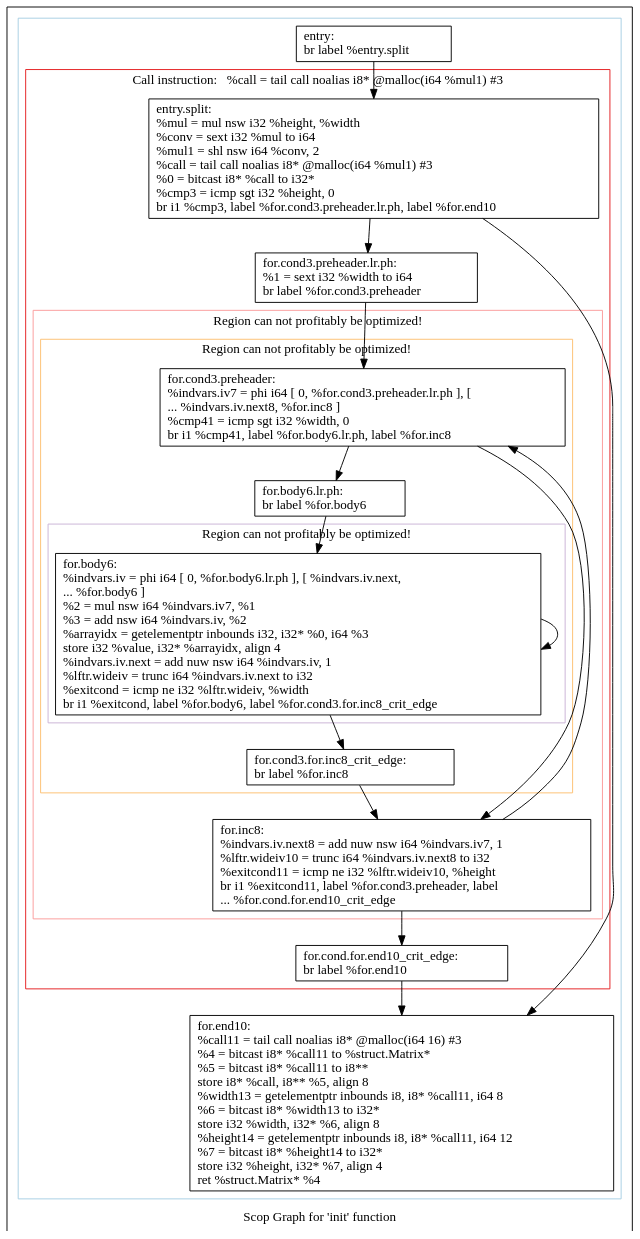
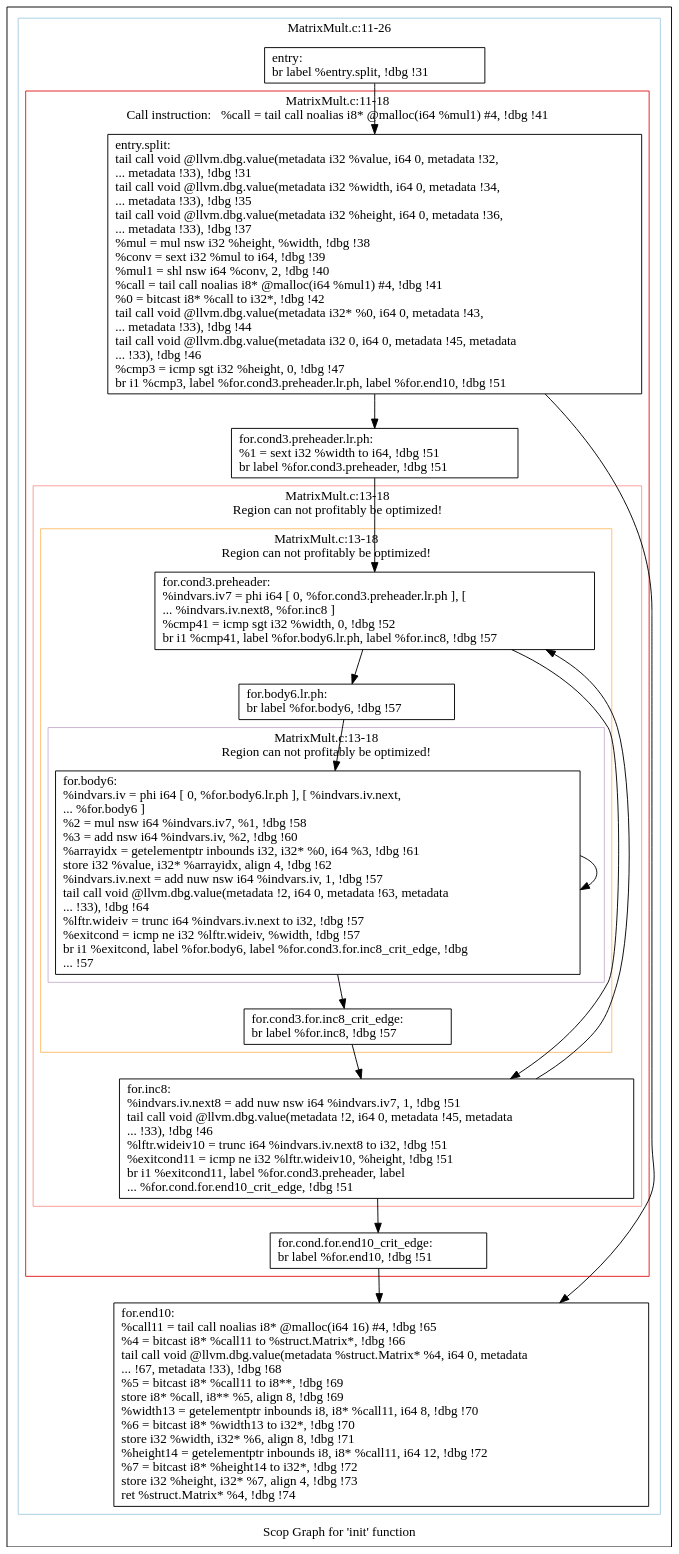
One commit to samminweng/WhileyOpenCL changed the diagram in polly/MatrixMult/impl/handwritten2/dot/scops.init.dot. Above: the diagram before and after it, drawn with Graphviz. The commit also changed 63 other files, not shown here.

```diff
--- a/polly/MatrixMult/impl/handwritten2/dot/scops.init.dot
+++ b/polly/MatrixMult/impl/handwritten2/dot/scops.init.dot
@@ -1,63 +1,68 @@
 digraph "Scop Graph for 'init' function" {
 	label="Scop Graph for 'init' function";
 
-	Node0x506bd10 [shape=record,label="{entry:\l  br label %entry.split\l}"];
-	Node0x506bd10 -> Node0x506b8f0;
-	Node0x506b8f0 [shape=record,label="{entry.split:                                      \l  %mul = mul nsw i32 %height, %width\l  %conv = sext i32 %mul to i64\l  %mul1 = shl nsw i64 %conv, 2\l  %call = tail call noalias i8* @malloc(i64 %mul1) #3\l  %0 = bitcast i8* %call to i32*\l  %cmp3 = icmp sgt i32 %height, 0\l  br i1 %cmp3, label %for.cond3.preheader.lr.ph, label %for.end10\l}"];
-	Node0x506b8f0 -> Node0x507a780;
-	Node0x506b8f0 -> Node0x506c560;
-	Node0x507a780 [shape=record,label="{for.cond3.preheader.lr.ph:                        \l  %1 = sext i32 %width to i64\l  br label %for.cond3.preheader\l}"];
-	Node0x507a780 -> Node0x506bd90;
-	Node0x506bd90 [shape=record,label="{for.cond3.preheader:                              \l  %indvars.iv7 = phi i64 [ 0, %for.cond3.preheader.lr.ph ], [\l... %indvars.iv.next8, %for.inc8 ]\l  %cmp41 = icmp sgt i32 %width, 0\l  br i1 %cmp41, label %for.body6.lr.ph, label %for.inc8\l}"];
-	Node0x506bd90 -> Node0x506c580;
-	Node0x506bd90 -> Node0x507a8c0;
-	Node0x506c580 [shape=record,label="{for.body6.lr.ph:                                  \l  br label %for.body6\l}"];
-	Node0x506c580 -> Node0x507a7f0;
-	Node0x507a7f0 [shape=record,label="{for.body6:                                        \l  %indvars.iv = phi i64 [ 0, %for.body6.lr.ph ], [ %indvars.iv.next,\l... %for.body6 ]\l  %2 = mul nsw i64 %indvars.iv7, %1\l  %3 = add nsw i64 %indvars.iv, %2\l  %arrayidx = getelementptr inbounds i32, i32* %0, i64 %3\l  store i32 %value, i32* %arrayidx, align 4\l  %indvars.iv.next = add nuw nsw i64 %indvars.iv, 1\l  %lftr.wideiv = trunc i64 %indvars.iv.next to i32\l  %exitcond = icmp ne i32 %lftr.wideiv, %width\l  br i1 %exitcond, label %for.body6, label %for.cond3.for.inc8_crit_edge\l}"];
-	Node0x507a7f0 -> Node0x507a7f0[constraint=false];
-	Node0x507a7f0 -> Node0x507a6a0;
-	Node0x507a6a0 [shape=record,label="{for.cond3.for.inc8_crit_edge:                     \l  br label %for.inc8\l}"];
-	Node0x507a6a0 -> Node0x507a8c0;
-	Node0x507a8c0 [shape=record,label="{for.inc8:                                         \l  %indvars.iv.next8 = add nuw nsw i64 %indvars.iv7, 1\l  %lftr.wideiv10 = trunc i64 %indvars.iv.next8 to i32\l  %exitcond11 = icmp ne i32 %lftr.wideiv10, %height\l  br i1 %exitcond11, label %for.cond3.preheader, label\l... %for.cond.for.end10_crit_edge\l}"];
-	Node0x507a8c0 -> Node0x506bd90[constraint=false];
-	Node0x507a8c0 -> Node0x507a700;
-	Node0x507a700 [shape=record,label="{for.cond.for.end10_crit_edge:                     \l  br label %for.end10\l}"];
-	Node0x507a700 -> Node0x506c560;
-	Node0x506c560 [shape=record,label="{for.end10:                                        \l  %call11 = tail call noalias i8* @malloc(i64 16) #3\l  %4 = bitcast i8* %call11 to %struct.Matrix*\l  %5 = bitcast i8* %call11 to i8**\l  store i8* %call, i8** %5, align 8\l  %width13 = getelementptr inbounds i8, i8* %call11, i64 8\l  %6 = bitcast i8* %width13 to i32*\l  store i32 %width, i32* %6, align 8\l  %height14 = getelementptr inbounds i8, i8* %call11, i64 12\l  %7 = bitcast i8* %height14 to i32*\l  store i32 %height, i32* %7, align 4\l  ret %struct.Matrix* %4\l}"];
+	Node0x6a0b800 [shape=record,label="{entry:\l  br label %entry.split, !dbg !31\l}"];
+	Node0x6a0b800 -> Node0x6a112c0;
+	Node0x6a112c0 [shape=record,label="{entry.split:                                      \l  tail call void @llvm.dbg.value(metadata i32 %value, i64 0, metadata !32,\l... metadata !33), !dbg !31\l  tail call void @llvm.dbg.value(metadata i32 %width, i64 0, metadata !34,\l... metadata !33), !dbg !35\l  tail call void @llvm.dbg.value(metadata i32 %height, i64 0, metadata !36,\l... metadata !33), !dbg !37\l  %mul = mul nsw i32 %height, %width, !dbg !38\l  %conv = sext i32 %mul to i64, !dbg !39\l  %mul1 = shl nsw i64 %conv, 2, !dbg !40\l  %call = tail call noalias i8* @malloc(i64 %mul1) #4, !dbg !41\l  %0 = bitcast i8* %call to i32*, !dbg !42\l  tail call void @llvm.dbg.value(metadata i32* %0, i64 0, metadata !43,\l... metadata !33), !dbg !44\l  tail call void @llvm.dbg.value(metadata i32 0, i64 0, metadata !45, metadata\l... !33), !dbg !46\l  %cmp3 = icmp sgt i32 %height, 0, !dbg !47\l  br i1 %cmp3, label %for.cond3.preheader.lr.ph, label %for.end10, !dbg !51\l}"];
+	Node0x6a112c0 -> Node0x6a19ac0;
+	Node0x6a112c0 -> Node0x6a18050;
+	Node0x6a19ac0 [shape=record,label="{for.cond3.preheader.lr.ph:                        \l  %1 = sext i32 %width to i64, !dbg !51\l  br label %for.cond3.preheader, !dbg !51\l}"];
+	Node0x6a19ac0 -> Node0x69ffed0;
+	Node0x69ffed0 [shape=record,label="{for.cond3.preheader:                              \l  %indvars.iv7 = phi i64 [ 0, %for.cond3.preheader.lr.ph ], [\l... %indvars.iv.next8, %for.inc8 ]\l  %cmp41 = icmp sgt i32 %width, 0, !dbg !52\l  br i1 %cmp41, label %for.body6.lr.ph, label %for.inc8, !dbg !57\l}"];
+	Node0x69ffed0 -> Node0x6a22a40;
+	Node0x69ffed0 -> Node0x69fdf10;
+	Node0x6a22a40 [shape=record,label="{for.body6.lr.ph:                                  \l  br label %for.body6, !dbg !57\l}"];
+	Node0x6a22a40 -> Node0x69fdf70;
+	Node0x69fdf70 [shape=record,label="{for.body6:                                        \l  %indvars.iv = phi i64 [ 0, %for.body6.lr.ph ], [ %indvars.iv.next,\l... %for.body6 ]\l  %2 = mul nsw i64 %indvars.iv7, %1, !dbg !58\l  %3 = add nsw i64 %indvars.iv, %2, !dbg !60\l  %arrayidx = getelementptr inbounds i32, i32* %0, i64 %3, !dbg !61\l  store i32 %value, i32* %arrayidx, align 4, !dbg !62\l  %indvars.iv.next = add nuw nsw i64 %indvars.iv, 1, !dbg !57\l  tail call void @llvm.dbg.value(metadata !2, i64 0, metadata !63, metadata\l... !33), !dbg !64\l  %lftr.wideiv = trunc i64 %indvars.iv.next to i32, !dbg !57\l  %exitcond = icmp ne i32 %lftr.wideiv, %width, !dbg !57\l  br i1 %exitcond, label %for.body6, label %for.cond3.for.inc8_crit_edge, !dbg\l... !57\l}"];
+	Node0x69fdf70 -> Node0x69fdf70[constraint=false];
+	Node0x69fdf70 -> Node0x69fce70;
+	Node0x69fce70 [shape=record,label="{for.cond3.for.inc8_crit_edge:                     \l  br label %for.inc8, !dbg !57\l}"];
+	Node0x69fce70 -> Node0x69fdf10;
+	Node0x69fdf10 [shape=record,label="{for.inc8:                                         \l  %indvars.iv.next8 = add nuw nsw i64 %indvars.iv7, 1, !dbg !51\l  tail call void @llvm.dbg.value(metadata !2, i64 0, metadata !45, metadata\l... !33), !dbg !46\l  %lftr.wideiv10 = trunc i64 %indvars.iv.next8 to i32, !dbg !51\l  %exitcond11 = icmp ne i32 %lftr.wideiv10, %height, !dbg !51\l  br i1 %exitcond11, label %for.cond3.preheader, label\l... %for.cond.for.end10_crit_edge, !dbg !51\l}"];
+	Node0x69fdf10 -> Node0x69ffed0[constraint=false];
+	Node0x69fdf10 -> Node0x6a10a30;
+	Node0x6a10a30 [shape=record,label="{for.cond.for.end10_crit_edge:                     \l  br label %for.end10, !dbg !51\l}"];
+	Node0x6a10a30 -> Node0x6a18050;
+	Node0x6a18050 [shape=record,label="{for.end10:                                        \l  %call11 = tail call noalias i8* @malloc(i64 16) #4, !dbg !65\l  %4 = bitcast i8* %call11 to %struct.Matrix*, !dbg !66\l  tail call void @llvm.dbg.value(metadata %struct.Matrix* %4, i64 0, metadata\l... !67, metadata !33), !dbg !68\l  %5 = bitcast i8* %call11 to i8**, !dbg !69\l  store i8* %call, i8** %5, align 8, !dbg !69\l  %width13 = getelementptr inbounds i8, i8* %call11, i64 8, !dbg !70\l  %6 = bitcast i8* %width13 to i32*, !dbg !70\l  store i32 %width, i32* %6, align 8, !dbg !71\l  %height14 = getelementptr inbounds i8, i8* %call11, i64 12, !dbg !72\l  %7 = bitcast i8* %height14 to i32*, !dbg !72\l  store i32 %height, i32* %7, align 4, !dbg !73\l  ret %struct.Matrix* %4, !dbg !74\l}"];
 	colorscheme = "paired12"
-        subgraph cluster_0x506b490 {
-          label = "";
+        subgraph cluster_0x6a10020 {
+          label = "MatrixMult.c:11-26
+";
           style = solid;
           color = 1
-          subgraph cluster_0x506c780 {
-            label = "Call instruction:   %call = tail call noalias i8* @malloc(i64 %mul1) #3";
+          subgraph cluster_0x6a0e4a0 {
+            label = "MatrixMult.c:11-18
+Call instruction:   %call = tail call noalias i8* @malloc(i64 %mul1) #4, !dbg !41";
             style = solid;
             color = 6
-            subgraph cluster_0x506c700 {
-              label = "Region can not profitably be optimized!";
+            subgraph cluster_0x69fe9b0 {
+              label = "MatrixMult.c:13-18
+Region can not profitably be optimized!";
               style = solid;
               color = 5
-              subgraph cluster_0x506c680 {
-                label = "Region can not profitably be optimized!";
+              subgraph cluster_0x69fe4f0 {
+                label = "MatrixMult.c:13-18
+Region can not profitably be optimized!";
                 style = solid;
                 color = 7
-                subgraph cluster_0x506bde0 {
-                  label = "Region can not profitably be optimized!";
+                subgraph cluster_0x69fb9d0 {
+                  label = "MatrixMult.c:13-18
+Region can not profitably be optimized!";
                   style = solid;
                   color = 9
-                  Node0x507a7f0;
+                  Node0x69fdf70;
                 }
-                Node0x506bd90;
-                Node0x506c580;
-                Node0x507a6a0;
+                Node0x69ffed0;
+                Node0x6a22a40;
+                Node0x69fce70;
               }
-              Node0x507a8c0;
+              Node0x69fdf10;
             }
-            Node0x506b8f0;
-            Node0x507a780;
-            Node0x507a700;
+            Node0x6a112c0;
+            Node0x6a19ac0;
+            Node0x6a10a30;
           }
-          Node0x506bd10;
-          Node0x506c560;
+          Node0x6a0b800;
+          Node0x6a18050;
         }
 }
```
